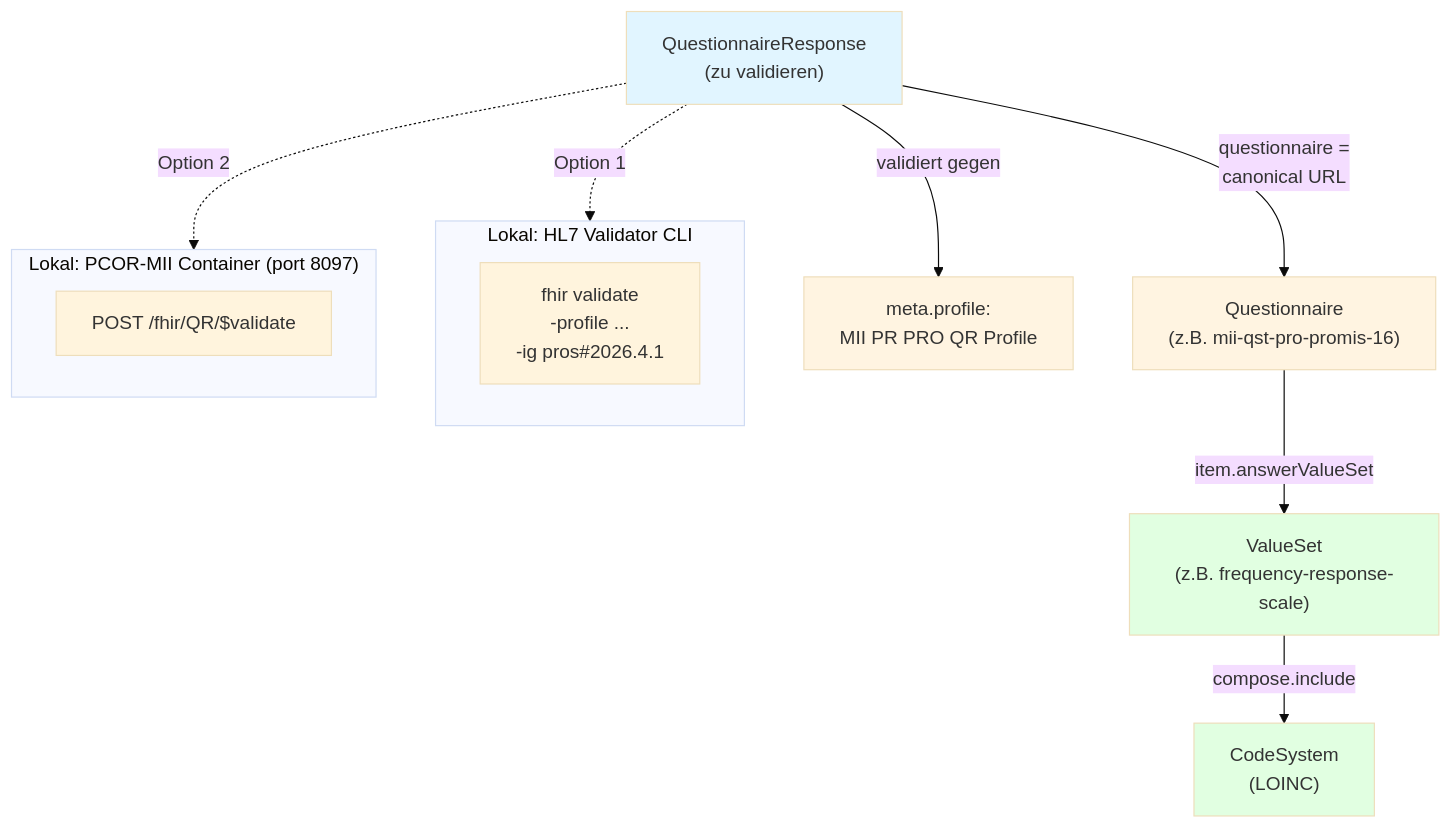
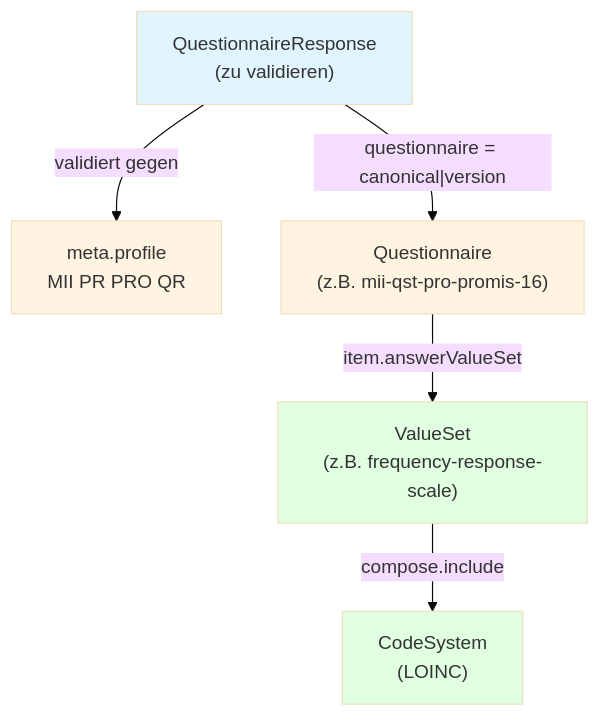
The diagram in input/pagecontent/Validierung.md (BIH-CEI/PCOR-MII), drawn with Mermaid (base theme) before and after one commit. The commit also changed other lines of this file, not shown here.

````diff
--- a/input/pagecontent/Validierung.md
+++ b/input/pagecontent/Validierung.md
@@ -31,32 +11,19 @@
 ```mermaid
 flowchart TB
     QR["QuestionnaireResponse<br/>(zu validieren)"]
-    Profile["meta.profile:<br/>MII PR PRO QR Profile"]
+    Profile["meta.profile<br/>MII PR PRO QR"]
     Q["Questionnaire<br/>(z.B. mii-qst-pro-promis-16)"]
     VS["ValueSet<br/>(z.B. frequency-response-scale)"]
     CS["CodeSystem<br/>(LOINC)"]
 
     QR -->|"validiert gegen"| Profile
-    QR -->|"questionnaire =<br/>canonical URL"| Q
+    QR -->|"questionnaire = canonical|version"| Q
     Q -->|"item.answerValueSet"| VS
     VS -->|"compose.include"| CS
-
-    subgraph CLI ["Lokal: HL7 Validator CLI"]
-        direction LR
-        CLI_Cmd["fhir validate<br/>-profile ...<br/>-ig pros#2026.4.1"]
-    end
-
-    subgraph Server ["Lokal: PCOR-MII Container (port 8097)"]
-        direction LR
-        Server_Cmd["POST /fhir/QR/$validate"]
-    end
-
-    QR -.->|"Option 1"| CLI_Cmd
-    QR -.->|"Option 2"| Server_Cmd
 
     style QR fill:#e1f5ff
     style Profile fill:#fff4e1
     style Q fill:#fff4e1
     style VS fill:#e1ffe1
     style CS fill:#e1ffe1
 ```
````
